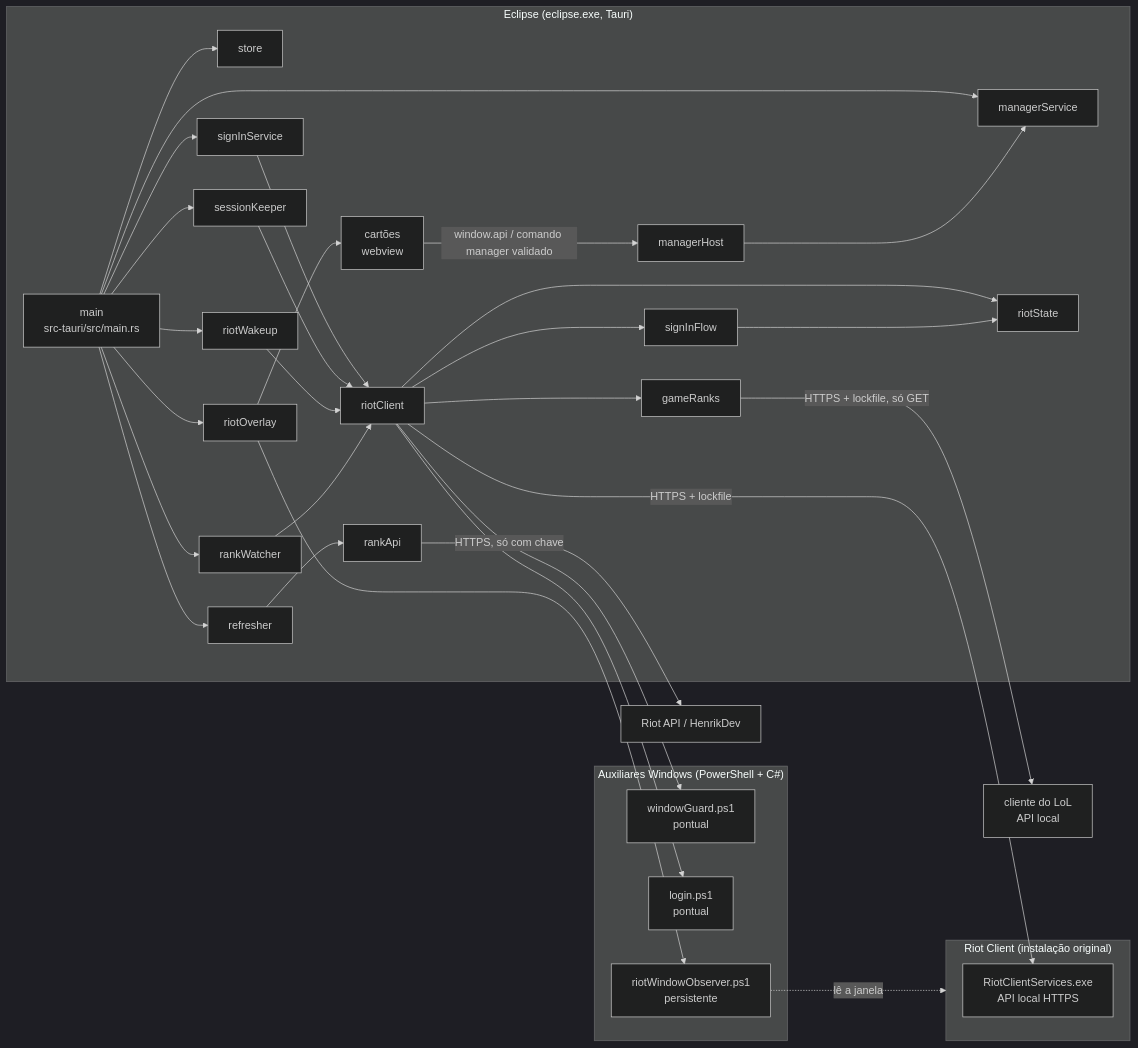
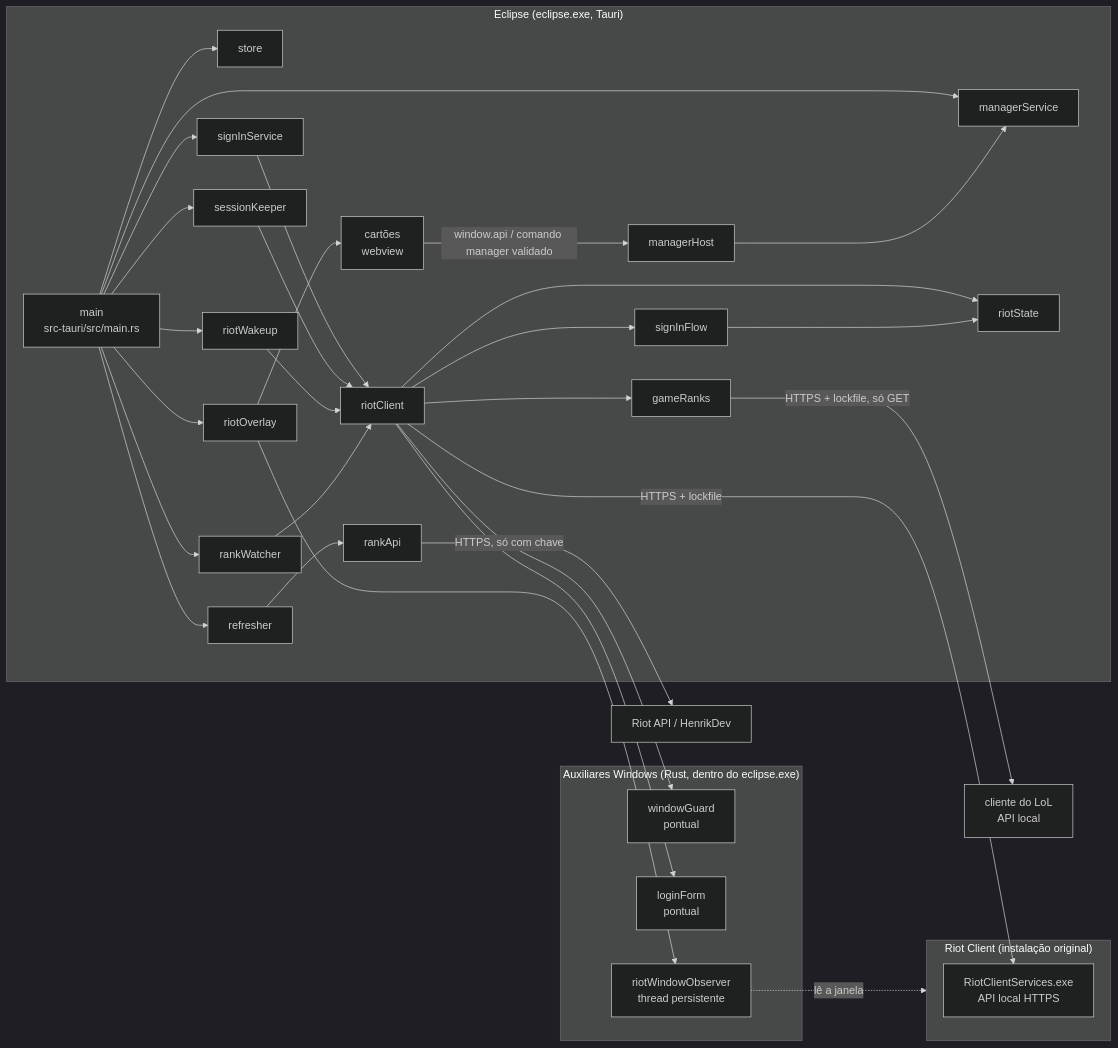
Before and after one commit to arthurmchd/eclipse: the first of 2 diagrams in docs/02 Arquitetura/Arquitetura.md, drawn with Mermaid (dark theme). The commit also changed other lines of this file and 140 other files, not shown here.

First line of the commit message:
Eclipse 2.19.1: sem PowerShell, atualização pelo GitHub e testes no CI

````diff
--- a/docs/02 Arquitetura/Arquitetura.md
+++ b/docs/02 Arquitetura/Arquitetura.md
@@ -14,43 +14,43 @@
 ```mermaid
 flowchart LR
   subgraph Eclipse["Eclipse (eclipse.exe, Tauri)"]
     M["main<br/>src-tauri/src/main.rs"] --> MS[managerService]
     M --> S[store]
     M --> SS[signInService]
     M --> RF[refresher]
     M --> SK[sessionKeeper]
     M --> WK[riotWakeup]
     M --> RW[rankWatcher]
     M --> OV[riotOverlay]
     RF --> RA[rankApi]
     SS --> RC[riotClient]
     SK --> RC
     WK --> RC
     RW --> RC
     RC --> SF[signInFlow]
     RC --> ST[riotState]
     RC --> GR[gameRanks]
     SF --> ST
     OV --> V["cartões<br/>webview"]
     V -- "window.api / comando manager validado" --> MH[managerHost]
     MH --> MS
   end
 
-  subgraph Windows["Auxiliares Windows (PowerShell + C#)"]
-    WG["windowGuard.ps1<br/>pontual"]
-    LG["login.ps1<br/>pontual"]
-    OB["riotWindowObserver.ps1<br/>persistente"]
+  subgraph Windows["Auxiliares Windows (Rust, dentro do eclipse.exe)"]
+    WG["windowGuard<br/>pontual"]
+    LG["loginForm<br/>pontual"]
+    OB["riotWindowObserver<br/>thread persistente"]
   end
 
   subgraph Riot["Riot Client (instalação original)"]
     RCS["RiotClientServices.exe<br/>API local HTTPS"]
   end
 
   RC -- "HTTPS + lockfile" --> RCS
   GR -- "HTTPS + lockfile, só GET" --> LCU["cliente do LoL<br/>API local"]
   RC --> WG
   RC --> LG
   OV --> OB
   OB -. "lê a janela" .-> Riot
   RA -- "HTTPS, só com chave" --> APIs["Riot API / HenrikDev"]
 ```
````
